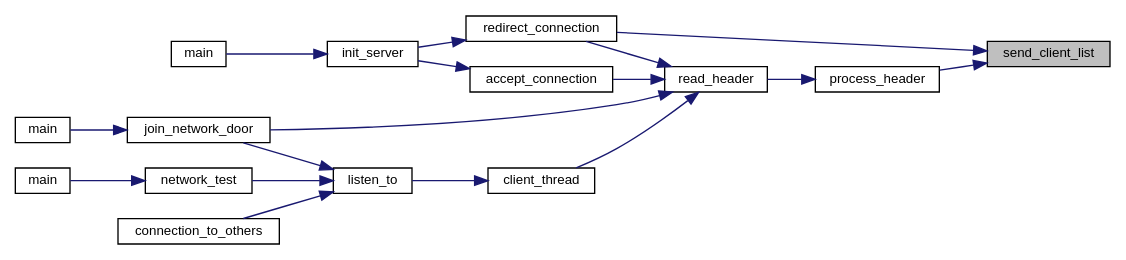
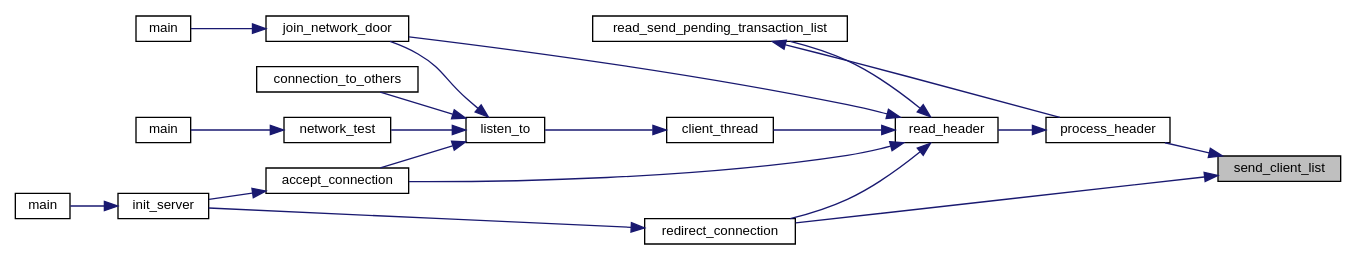
The diagram in docs/documentation/send__data_8h_ad9194d475483d8bcc59cc5e1de6fbc0a_icgraph.dot (nathan-rabet/PEPITAS-Cryptocurrency), drawn with Graphviz before and after one commit. The commit also changed 1013 other files, not shown here.

```diff
--- a/docs/documentation/send__data_8h_ad9194d475483d8bcc59cc5e1de6fbc0a_icgraph.dot
+++ b/docs/documentation/send__data_8h_ad9194d475483d8bcc59cc5e1de6fbc0a_icgraph.dot
@@ -1,37 +1,41 @@
 digraph "send_client_list"
 {
  // LATEX_PDF_SIZE
   edge [fontname="Helvetica",fontsize="10",labelfontname="Helvetica",labelfontsize="10"];
   node [fontname="Helvetica",fontsize="10",shape=record];
   rankdir="RL";
   Node1 [label="send_client_list",height=0.2,width=0.4,color="black", fillcolor="grey75", style="filled", fontcolor="black",tooltip="Sends my client list to a node via 'sockfd'."];
   Node1 -> Node2 [dir="back",color="midnightblue",fontsize="10",style="solid",fontname="Helvetica"];
   Node2 [label="process_header",height=0.2,width=0.4,color="black", fillcolor="white", style="filled",URL="$get__data_8c.html#acf73eaf498a41a592973793346c358d7",tooltip=" "];
   Node2 -> Node3 [dir="back",color="midnightblue",fontsize="10",style="solid",fontname="Helvetica"];
   Node3 [label="read_header",height=0.2,width=0.4,color="black", fillcolor="white", style="filled",URL="$get__data_8c.html#a1f63104d8a019196f59d848bacafcaf0",tooltip="Waits a header in 'sockfd', reads it and processes it."];
   Node3 -> Node4 [dir="back",color="midnightblue",fontsize="10",style="solid",fontname="Helvetica"];
-  Node4 [label="accept_connection",height=0.2,width=0.4,color="black", fillcolor="white", style="filled",URL="$core_2network_2server_8c.html#a51b8c8c4c2582cc90f8155bd9eaab4c0",tooltip=" "];
+  Node4 [label="accept_connection",height=0.2,width=0.4,color="black", fillcolor="white", style="filled",URL="$server_8c.html#a51b8c8c4c2582cc90f8155bd9eaab4c0",tooltip=" "];
   Node4 -> Node5 [dir="back",color="midnightblue",fontsize="10",style="solid",fontname="Helvetica"];
-  Node5 [label="init_server",height=0.2,width=0.4,color="black", fillcolor="white", style="filled",URL="$core_2network_2server_8c.html#a10fb306879537348fffef6ae68f70640",tooltip="Launches a server instance, connected to the peer-to-peer network 'hostname'."];
+  Node5 [label="init_server",height=0.2,width=0.4,color="black", fillcolor="white", style="filled",URL="$server_8c.html#a10fb306879537348fffef6ae68f70640",tooltip="Launches a server instance, connected to the peer-to-peer network 'hostname'."];
   Node5 -> Node6 [dir="back",color="midnightblue",fontsize="10",style="solid",fontname="Helvetica"];
-  Node6 [label="main",height=0.2,width=0.4,color="black", fillcolor="white", style="filled",URL="$server_8c.html#ae66f6b31b5ad750f1fe042a706a4e3d4",tooltip=" "];
+  Node6 [label="main",height=0.2,width=0.4,color="black", fillcolor="white", style="filled",URL="$serverdoor_8c.html#ae66f6b31b5ad750f1fe042a706a4e3d4",tooltip=" "];
   Node3 -> Node7 [dir="back",color="midnightblue",fontsize="10",style="solid",fontname="Helvetica"];
   Node7 [label="client_thread",height=0.2,width=0.4,color="black", fillcolor="white", style="filled",URL="$core_2network_2client_8c.html#a351b786eb662460f254da2ff204fcfcc",tooltip=" "];
   Node7 -> Node8 [dir="back",color="midnightblue",fontsize="10",style="solid",fontname="Helvetica"];
-  Node8 [label="listen_to",height=0.2,width=0.4,color="black", fillcolor="white", style="filled",URL="$core_2network_2client_8c.html#a3d1ce0194b7697343dc0e04866ac4935",tooltip="Tries to connect to the peer-to-peer network via a node in the Node structure."];
+  Node8 [label="listen_to",height=0.2,width=0.4,color="black", fillcolor="white", style="filled",URL="$core_2network_2client_8c.html#a7be5d0a5ee88cfd1a654fc4813273708",tooltip="Tries to connect to the peer-to-peer network via a node in the Node structure."];
+  Node8 -> Node4 [dir="back",color="midnightblue",fontsize="10",style="solid",fontname="Helvetica"];
   Node8 -> Node9 [dir="back",color="midnightblue",fontsize="10",style="solid",fontname="Helvetica"];
-  Node9 [label="connection_to_others",height=0.2,width=0.4,color="black", fillcolor="white", style="filled",URL="$client_8c.html#ab7126685bb9b5dc07de54dbb8a8ba89d",tooltip=" "];
+  Node9 [label="connection_to_others",height=0.2,width=0.4,color="black", fillcolor="white", style="filled",URL="$atrier_8c.html#ab7126685bb9b5dc07de54dbb8a8ba89d",tooltip=" "];
   Node8 -> Node10 [dir="back",color="midnightblue",fontsize="10",style="solid",fontname="Helvetica"];
-  Node10 [label="join_network_door",height=0.2,width=0.4,color="black", fillcolor="white", style="filled",URL="$client_8c.html#a4bc5d82e85996fecc53fe3e97c2a7b98",tooltip=" "];
+  Node10 [label="join_network_door",height=0.2,width=0.4,color="black", fillcolor="white", style="filled",URL="$atrier_8c.html#a4bc5d82e85996fecc53fe3e97c2a7b98",tooltip=" "];
   Node10 -> Node11 [dir="back",color="midnightblue",fontsize="10",style="solid",fontname="Helvetica"];
-  Node11 [label="main",height=0.2,width=0.4,color="black", fillcolor="white", style="filled",URL="$client_8c.html#ae66f6b31b5ad750f1fe042a706a4e3d4",tooltip=" "];
+  Node11 [label="main",height=0.2,width=0.4,color="black", fillcolor="white", style="filled",URL="$client_8c.html#a3c04138a5bfe5d72780bb7e82a18e627",tooltip=" "];
   Node8 -> Node12 [dir="back",color="midnightblue",fontsize="10",style="solid",fontname="Helvetica"];
   Node12 [label="network_test",height=0.2,width=0.4,color="black", fillcolor="white", style="filled",URL="$client__test_8c.html#ade76ed0fdf28b393fbdc89e611688256",tooltip=" "];
   Node12 -> Node13 [dir="back",color="midnightblue",fontsize="10",style="solid",fontname="Helvetica"];
   Node13 [label="main",height=0.2,width=0.4,color="black", fillcolor="white", style="filled",URL="$unit__testing_8c.html#ae66f6b31b5ad750f1fe042a706a4e3d4",tooltip=" "];
   Node3 -> Node10 [dir="back",color="midnightblue",fontsize="10",style="solid",fontname="Helvetica"];
   Node3 -> Node14 [dir="back",color="midnightblue",fontsize="10",style="solid",fontname="Helvetica"];
-  Node14 [label="redirect_connection",height=0.2,width=0.4,color="black", fillcolor="white", style="filled",URL="$core_2network_2server_8c.html#a84cf9ceb7f864ec15c6a0a51fec348ed",tooltip=" "];
-  Node14 -> Node5 [dir="back",color="midnightblue",fontsize="10",style="solid",fontname="Helvetica"];
-  Node1 -> Node14 [dir="back",color="midnightblue",fontsize="10",style="solid",fontname="Helvetica"];
+  Node14 [label="read_send_pending_transaction_list",height=0.2,width=0.4,color="black", fillcolor="white", style="filled",URL="$get__data_8c.html#a510587b3efb5dbf21a2c873ada26881a",tooltip=" "];
+  Node14 -> Node2 [dir="back",color="midnightblue",fontsize="10",style="solid",fontname="Helvetica"];
+  Node3 -> Node15 [dir="back",color="midnightblue",fontsize="10",style="solid",fontname="Helvetica"];
+  Node15 [label="redirect_connection",height=0.2,width=0.4,color="black", fillcolor="white", style="filled",URL="$server_8c.html#a84cf9ceb7f864ec15c6a0a51fec348ed",tooltip=" "];
+  Node15 -> Node5 [dir="back",color="midnightblue",fontsize="10",style="solid",fontname="Helvetica"];
+  Node1 -> Node15 [dir="back",color="midnightblue",fontsize="10",style="solid",fontname="Helvetica"];
 }
```
